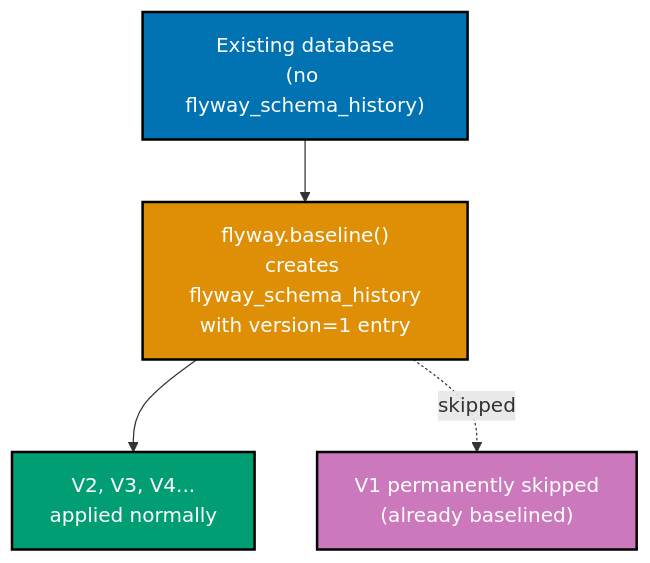
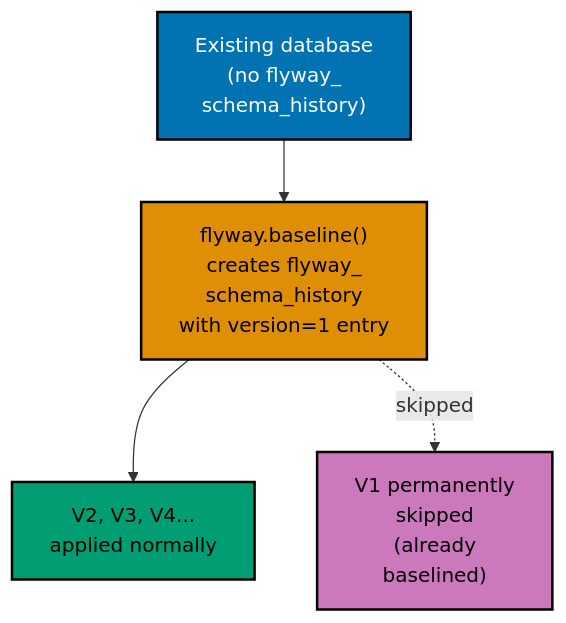
One commit to wahidyankf/ose-public changed the third of 4 diagrams in apps/ayokoding-www/content/en/learn/legacy/software-engineering/data/tools/kotlin-flyway/by-example/intermediate.md. Above: the diagram before and after it, drawn with Mermaid. The commit also changed other lines of this file and 131 other files, not shown here.

First line of the commit message:
fix(mermaid): bring the legacy data, infrastructure, and testing diagrams onto the accessible palette

````diff
--- a/apps/ayokoding-www/content/en/learn/legacy/software-engineering/data/tools/kotlin-flyway/by-example/intermediate.md
+++ b/apps/ayokoding-www/content/en/learn/legacy/software-engineering/data/tools/kotlin-flyway/by-example/intermediate.md
@@ -352,17 +358,20 @@
 ```mermaid
 %% Color Palette: Blue #0173B2, Orange #DE8F05, Teal #029E73, Purple #CC78BC, Brown #CA9161
 %% Baseline adoption workflow
 graph TD
-    A["Existing database\n#40;no flyway_schema_history#41;"]:::blue
-    B["flyway.baseline()\ncreates flyway_schema_history\nwith version=1 entry"]:::orange
-    C["V2, V3, V4...\napplied normally"]:::teal
-    D["V1 permanently skipped\n#40;already baselined#41;"]:::purple
+    accTitle: Example 36: Baseline Migrations for Existing Databases
+    accDescr: Graph with 4 nodes and 3 connections. Nodes: Existing database 40no flyway_ schema_history41, flyway.baseline() creates flyway_ schema_history with version=1 entry, V2, V3, V4... applied normally, V1 permanently skipped 40already baselined41. Connections: Existing database 40no flyway_ schema_history41 to flyway.baseline() creates flyway_ schema_history with version=1 entry, flyway.baseline() creates flyway_ schema_history with version=1 entry to V2, V3, V4... applied normally, flyway.baseline() creates flyway_ schema_history with version=1 entry to V1 permanently skipped 40already baselined41 (skipped).
+    A["Existing database<br/>#40;no flyway_<br/>schema_history#41;"]:::blue
+    B["flyway.baseline()<br/>creates flyway_<br/>schema_history<br/>with version=1 entry"]:::orange
+    C["V2, V3, V4...<br/>applied normally"]:::teal
+    D["V1 permanently<br/>skipped<br/>#40;already<br/>baselined#41;"]:::purple
 
     A --> B --> C
     B -.->|skipped| D
 
     classDef blue fill:#0173B2,stroke:#000000,color:#FFFFFF,stroke-width:2px
-    classDef orange fill:#DE8F05,stroke:#000000,color:#FFFFFF,stroke-width:2px
-    classDef teal fill:#029E73,stroke:#000000,color:#FFFFFF,stroke-width:2px
-    classDef purple fill:#CC78BC,stroke:#000000,color:#FFFFFF,stroke-width:2px
+    classDef orange fill:#DE8F05,stroke:#000000,color:#000000,stroke-width:2px
+    classDef teal fill:#029E73,stroke:#000000,color:#000000,stroke-width:2px
+    classDef purple fill:#CC78BC,stroke:#000000,color:#000000,stroke-width:2px
+    classDef default fill:#FFFFFF,stroke:#000000,color:#000000
 ```
````
